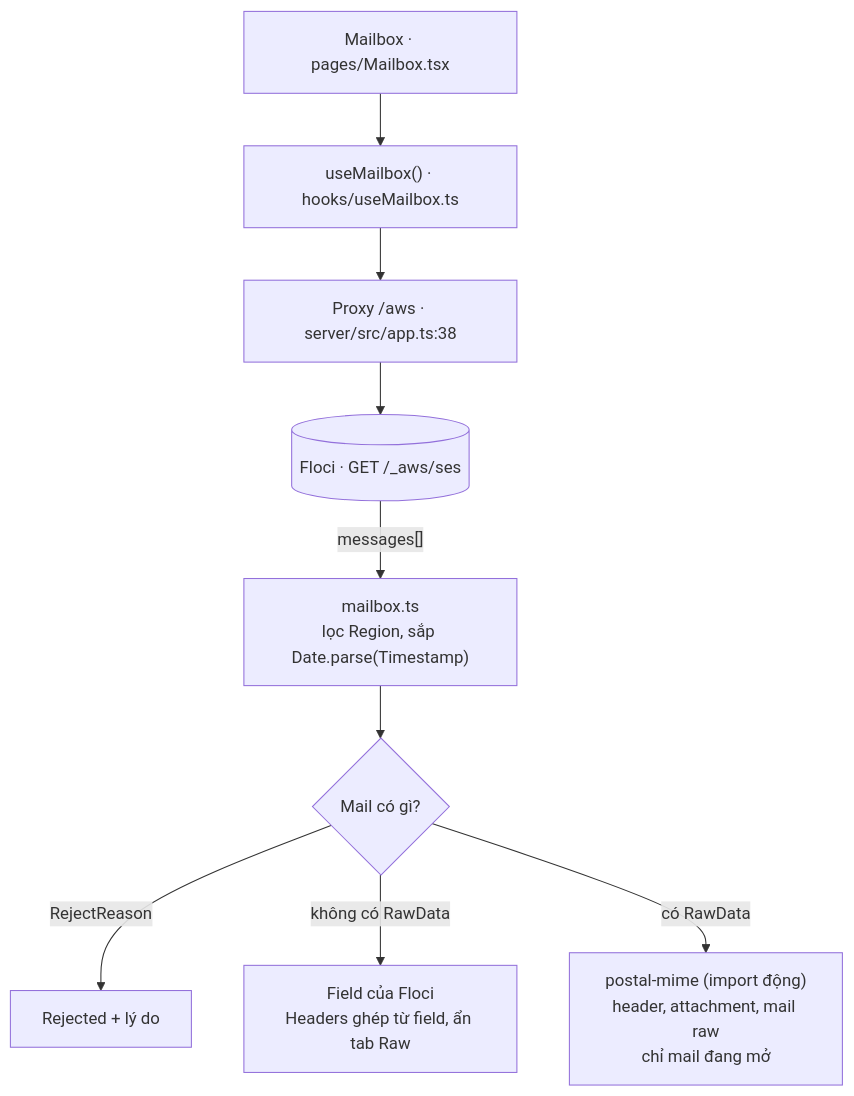
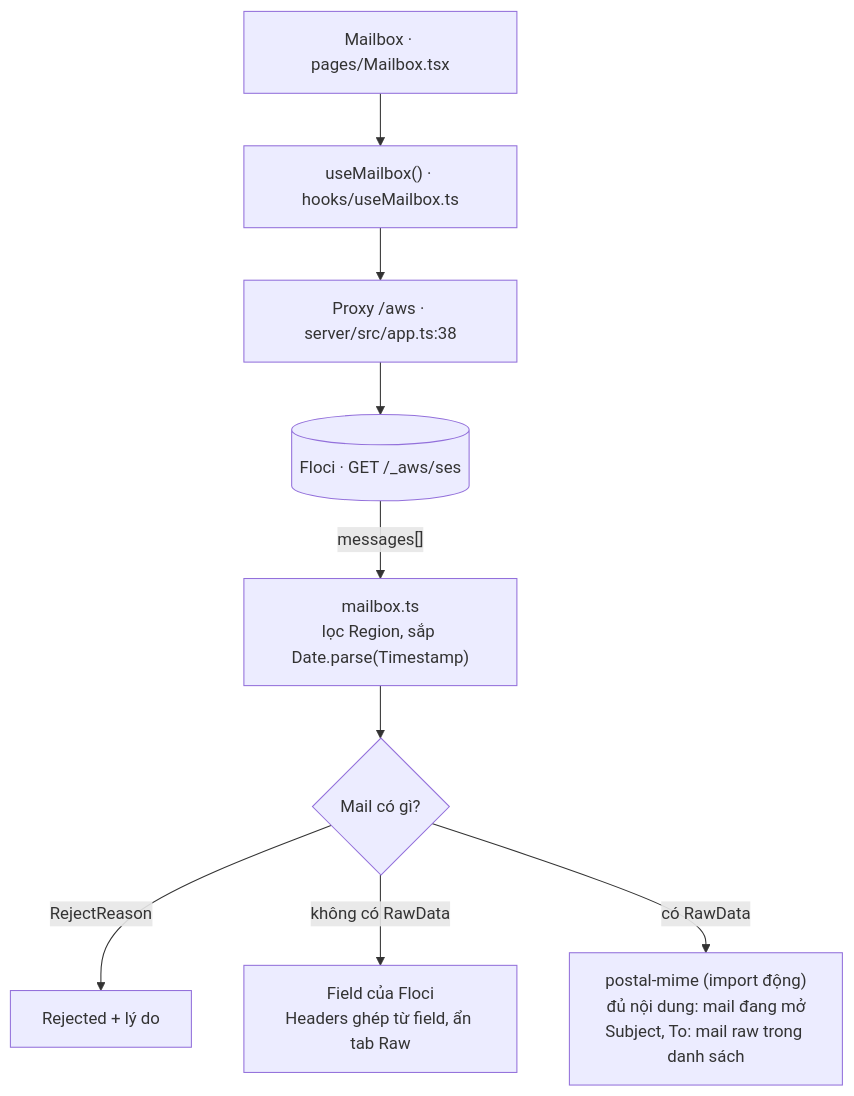
One commit to ngtrthvu3007/local-console changed the diagram in docs/superpowers/specs/2026-11-17-ses-design.md. Above: the diagram before and after it, drawn with Mermaid. The commit also changed other lines of this file and 10 other files, not shown here.

````diff
--- a/docs/superpowers/specs/2026-11-17-ses-design.md
+++ b/docs/superpowers/specs/2026-11-17-ses-design.md
@@ -153,18 +160,18 @@
 ```mermaid
 flowchart TD
   PAGE["Mailbox · pages/Mailbox.tsx"]
   HOOK["useMailbox() · hooks/useMailbox.ts"]
   PROXY["Proxy /aws · server/src/app.ts:38"]
   FLOCI[("Floci · GET /_aws/ses")]
   FILTER["mailbox.ts<br/>lọc Region, sắp Date.parse(Timestamp)"]
   KIND{"Mail có gì?"}
   REJECTED["Rejected + lý do"]
   FIELDS["Field của Floci<br/>Headers ghép từ field, ẩn tab Raw"]
-  MIME["postal-mime (import động)<br/>header, attachment, mail raw<br/>chỉ mail đang mở"]
+  MIME["postal-mime (import động)<br/>đủ nội dung: mail đang mở<br/>Subject, To: mail raw trong danh sách"]
 
   PAGE --> HOOK --> PROXY --> FLOCI
   FLOCI -->|"messages[]"| FILTER --> KIND
   KIND -->|"RejectReason"| REJECTED
   KIND -->|"không có RawData"| FIELDS
   KIND -->|"có RawData"| MIME
 ```
````
